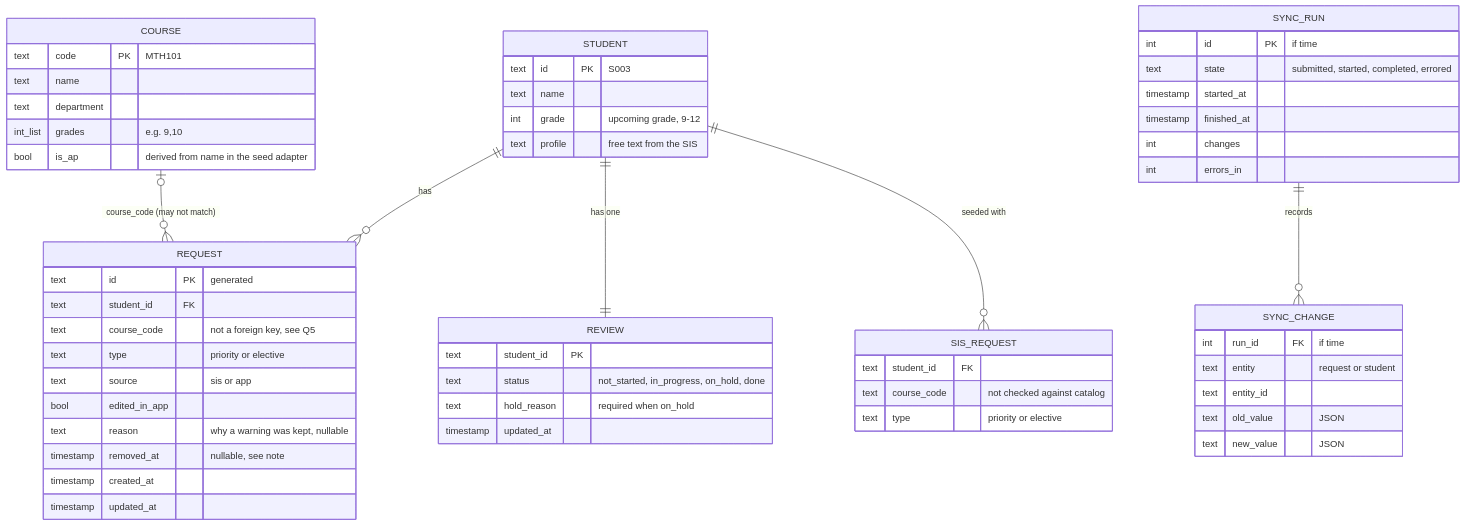
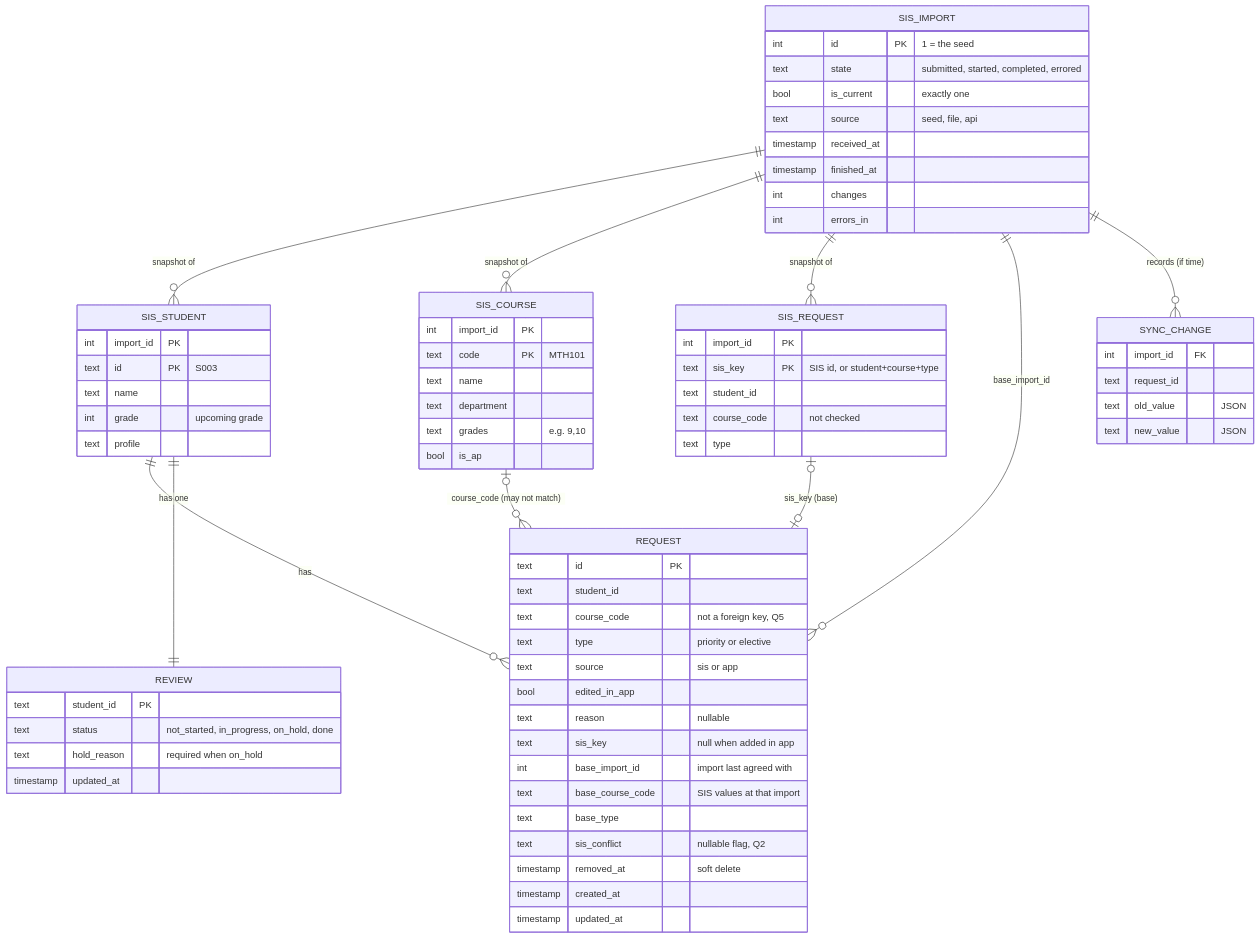
Before and after one commit to stephenmayer/CourseManager: the diagram in docs/architecture/schema.md, drawn with Mermaid. The commit also changed other lines of this file and 5 other files, not shown here.

First line of the commit message:
Log Q18: versioned SIS import snapshots; schema carries the SIS base per request

````diff
--- a/docs/architecture/schema.md
+++ b/docs/architecture/schema.md
@@ -15,60 +15,74 @@
 ```mermaid
 erDiagram
-    STUDENT ||--o{ REQUEST : "has"
-    STUDENT ||--|| REVIEW : "has one"
-    COURSE |o--o{ REQUEST : "course_code (may not match)"
-    STUDENT ||--o{ SIS_REQUEST : "seeded with"
-    SYNC_RUN ||--o{ SYNC_CHANGE : "records"
+    SIS_IMPORT ||--o{ SIS_STUDENT : "snapshot of"
+    SIS_IMPORT ||--o{ SIS_COURSE : "snapshot of"
+    SIS_IMPORT ||--o{ SIS_REQUEST : "snapshot of"
+    SIS_STUDENT ||--o{ REQUEST : "has"
+    SIS_STUDENT ||--|| REVIEW : "has one"
+    SIS_COURSE |o--o{ REQUEST : "course_code (may not match)"
+    SIS_REQUEST |o--o| REQUEST : "sis_key (base)"
+    SIS_IMPORT ||--o{ REQUEST : "base_import_id"
+    SIS_IMPORT ||--o{ SYNC_CHANGE : "records (if time)"
 
-    STUDENT {
+    SIS_IMPORT {
+        int id PK "1 = the seed"
+        text state "submitted, started, completed, errored"
+        bool is_current "exactly one"
+        text source "seed, file, api"
+        timestamp received_at
+        timestamp finished_at
+        int changes
+        int errors_in
+    }
+    SIS_STUDENT {
+        int import_id PK
         text id PK "S003"
         text name
-        int grade "upcoming grade, 9-12"
-        text profile "free text from the SIS"
+        int grade "upcoming grade"
+        text profile
     }
-    COURSE {
+    SIS_COURSE {
+        int import_id PK
         text code PK "MTH101"
         text name
         text department
-        int_list grades "e.g. 9,10"
-        bool is_ap "derived from name in the seed adapter"
+        text grades "e.g. 9,10"
+        bool is_ap
     }
     SIS_REQUEST {
-        text student_id FK
-        text course_code "not checked against catalog"
-        text type "priority or elective"
+        int import_id PK
+        text sis_key PK "SIS id, or student+course+type"
+        text student_id
+        text course_code "not checked"
+        text type
     }
     REQUEST {
-        text id PK "generated"
-        text student_id FK
-        text course_code "not a foreign key, see Q5"
+        text id PK
+        text student_id
+        text course_code "not a foreign key, Q5"
         text type "priority or elective"
         text source "sis or app"
         bool edited_in_app
-        text reason "why a warning was kept, nullable"
-        timestamp removed_at "nullable, see note"
+        text reason "nullable"
+        text sis_key "null when added in app"
+        int base_import_id "import last agreed with"
+        text base_course_code "SIS values at that import"
+        text base_type
+        text sis_conflict "nullable flag, Q2"
+        timestamp removed_at "soft delete"
         timestamp created_at
         timestamp updated_at
     }
     REVIEW {
         text student_id PK
         text status "not_started, in_progress, on_hold, done"
         text hold_reason "required when on_hold"
         timestamp updated_at
     }
-    SYNC_RUN {
-        int id PK "if time"
-        text state "submitted, started, completed, errored"
-        timestamp started_at
-        timestamp finished_at
-        int changes
-        int errors_in
-    }
     SYNC_CHANGE {
-        int run_id FK "if time"
-        text entity "request or student"
-        text entity_id
+        int import_id FK
+        text request_id
         text old_value "JSON"
         text new_value "JSON"
     }
 ```
````
